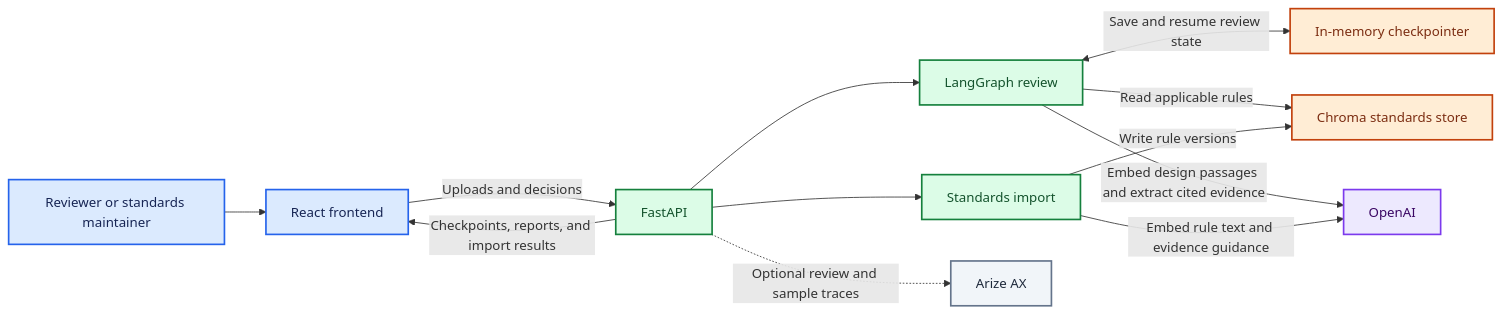
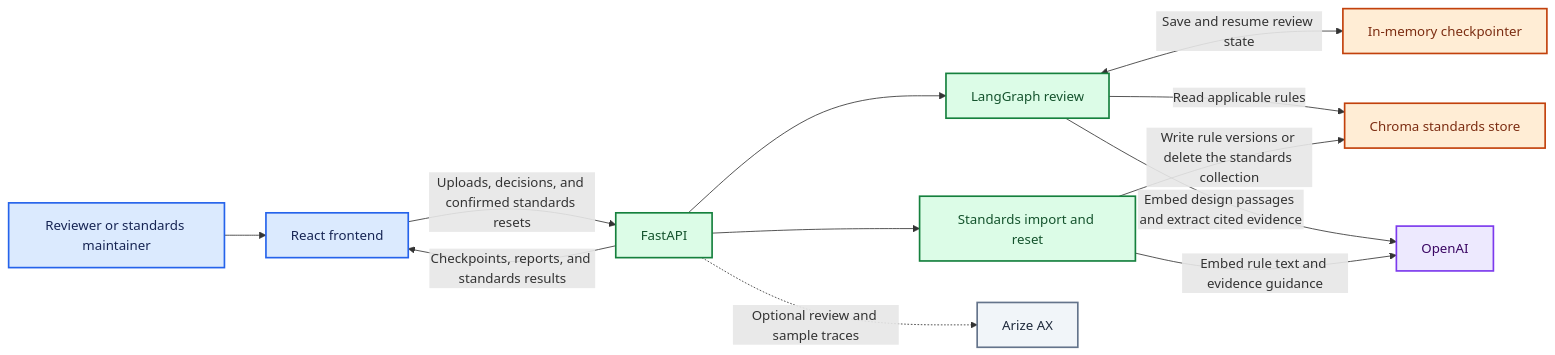
The first of 10 diagrams in flowdiagrams.md (girisheduru/archgovasst), drawn with Mermaid before and after one commit. The commit also changed other lines of this file and 9 other files, not shown here.

````diff
--- a/flowdiagrams.md
+++ b/flowdiagrams.md
@@ -20,25 +20,25 @@
 ```mermaid
 flowchart LR
     User["Reviewer or standards maintainer"] --> UI["React frontend"]
-    UI -->|"Uploads and decisions"| API["FastAPI"]
-    API -->|"Checkpoints, reports, and import results"| UI
+    UI -->|"Uploads, decisions, and confirmed standards resets"| API["FastAPI"]
+    API -->|"Checkpoints, reports, and standards results"| UI
     API --> Review["LangGraph review"]
-    API --> Import["Standards import"]
+    API --> Import["Standards import and reset"]
     Review <-->|"Save and resume review state"| Memory["In-memory checkpointer"]
     Review -->|"Read applicable rules"| Chroma["Chroma standards store"]
-    Import -->|"Write rule versions"| Chroma
+    Import -->|"Write rule versions or delete the standards collection"| Chroma
     Review -->|"Embed design passages and extract cited evidence"| OpenAI["OpenAI"]
     Import -->|"Embed rule text and evidence guidance"| OpenAI
     API -.->|"Optional review and sample traces"| Arize["Arize AX"]
 
     classDef user fill:#dbeafe,stroke:#2563eb,color:#172554,stroke-width:2px;
     class User,UI user;
     classDef process fill:#dcfce7,stroke:#15803d,color:#14532d,stroke-width:2px;
     class API,Review,Import process;
     classDef store fill:#ffedd5,stroke:#c2410c,color:#7c2d12,stroke-width:2px;
     class Memory,Chroma store;
     classDef llm fill:#ede9fe,stroke:#7c3aed,color:#3b0764,stroke-width:2px;
     class OpenAI llm;
     classDef optional fill:#f1f5f9,stroke:#64748b,color:#1e293b,stroke-width:2px;
     class Arize optional;
 ```
````
